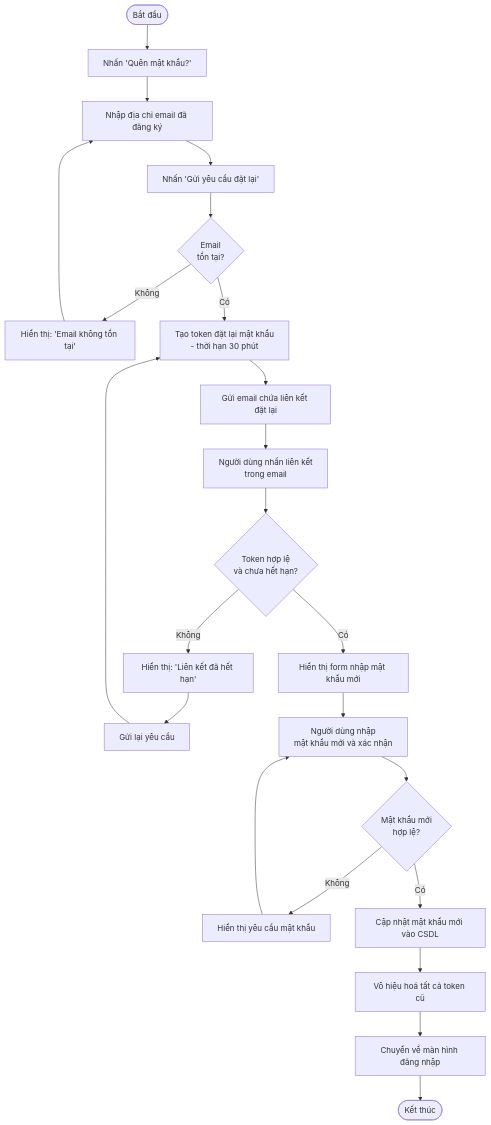
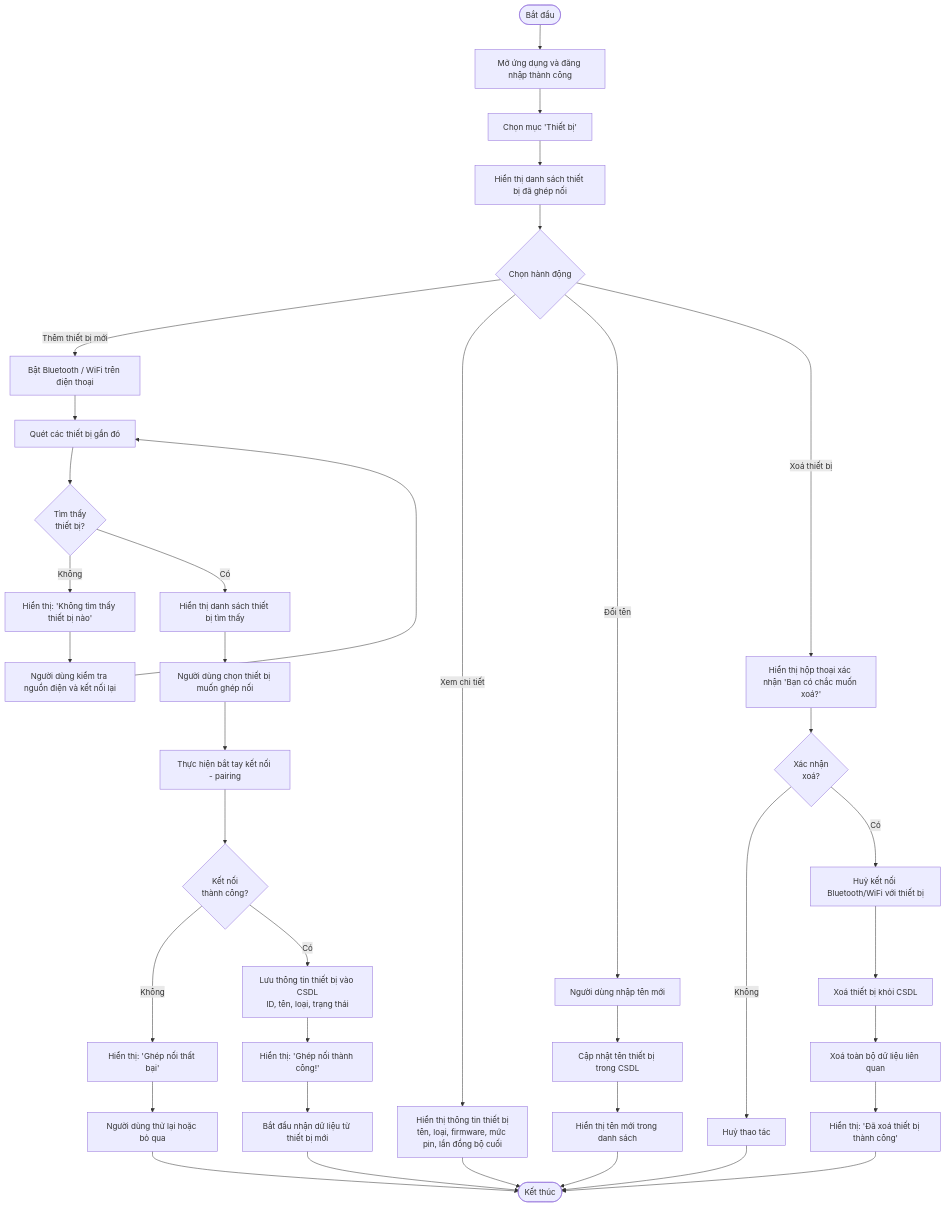
Before and after one commit to namhcmutpd/MM_BP_BenchMark_result: the first of 4 diagrams in activity_diagrams/ACTIVITY_DIAGRAMS.md, drawn with Mermaid. The commit also changed other lines of this file and 16 other files, not shown here.

Commit message:
Replace old diagrams with 4 correct decomposed use case activity diagrams

````diff
--- a/activity_diagrams/ACTIVITY_DIAGRAMS.md
+++ b/activity_diagrams/ACTIVITY_DIAGRAMS.md
@@ -85,25 +22,44 @@
 ```mermaid
 flowchart TD
-    A([Bắt đầu]) --> B[Nhấn 'Quên mật khẩu?']
-    B --> C[Nhập địa chỉ email đã đăng ký]
-    C --> D[Nhấn 'Gửi yêu cầu đặt lại']
-    D --> E{Email\ntồn tại?}
-    E -- Không --> F[Hiển thị: 'Email không tồn tại']
-    F --> C
-    E -- Có --> G[Tạo token đặt lại mật khẩu\n - thời hạn 30 phút]
-    G --> H[Gửi email chứa liên kết đặt lại]
-    H --> I[Người dùng nhấn liên kết\ntrong email]
-    I --> J{Token hợp lệ\nvà chưa hết hạn?}
-    J -- Không --> K[Hiển thị: 'Liên kết đã hết hạn']
-    K --> L[Gửi lại yêu cầu]
-    L --> G
-    J -- Có --> M[Hiển thị form nhập mật khẩu mới]
-    M --> N[Người dùng nhập\nmật khẩu mới và xác nhận]
-    N --> O{Mật khẩu mới\nhợp lệ?}
-    O -- Không --> P[Hiển thị yêu cầu mật khẩu]
-    P --> N
-    O -- Có --> Q[Cập nhật mật khẩu mới vào CSDL]
-    Q --> R[Vô hiệu hoá tất cả token cũ]
-    R --> S[Chuyển về màn hình đăng nhập]
-    S --> T([Kết thúc])
+    A([Bắt đầu]) --> B[Mở ứng dụng và đăng nhập thành công]
+    B --> C[Chọn mục 'Thiết bị']
+    C --> D[Hiển thị danh sách thiết bị đã ghép nối]
+    D --> E{Chọn hành động}
+
+    E -- Thêm thiết bị mới --> F[Bật Bluetooth / WiFi trên điện thoại]
+    F --> G[Quét các thiết bị gần đó]
+    G --> H{Tìm thấy\nthiết bị?}
+    H -- Không --> I[Hiển thị: 'Không tìm thấy thiết bị nào']
+    I --> J[Người dùng kiểm tra nguồn điện và kết nối lại]
+    J --> G
+    H -- Có --> K[Hiển thị danh sách thiết bị tìm thấy]
+    K --> L[Người dùng chọn thiết bị muốn ghép nối]
+    L --> M[Thực hiện bắt tay kết nối - pairing]
+    M --> N{Kết nối\nthành công?}
+    N -- Không --> O[Hiển thị: 'Ghép nối thất bại']
+    O --> P[Người dùng thử lại hoặc bỏ qua]
+    N -- Có --> Q[Lưu thông tin thiết bị vào CSDL\nID, tên, loại, trạng thái]
+    Q --> R[Hiển thị: 'Ghép nối thành công!']
+    R --> S[Bắt đầu nhận dữ liệu từ thiết bị mới]
+
+    E -- Xem chi tiết --> T[Hiển thị thông tin thiết bị\ntên, loại, firmware, mức pin, lần đồng bộ cuối]
+
+    E -- Đổi tên --> U[Người dùng nhập tên mới]
+    U --> V[Cập nhật tên thiết bị trong CSDL]
+    V --> W[Hiển thị tên mới trong danh sách]
+
+    E -- Xoá thiết bị --> X[Hiển thị hộp thoại xác nhận 'Bạn có chắc muốn xoá?']
+    X --> Y{Xác nhận\nxoá?}
+    Y -- Không --> Z[Huỷ thao tác]
+    Y -- Có --> AA[Huỷ kết nối Bluetooth/WiFi với thiết bị]
+    AA --> AB[Xoá thiết bị khỏi CSDL]
+    AB --> AC[Xoá toàn bộ dữ liệu liên quan]
+    AC --> AD[Hiển thị: 'Đã xoá thiết bị thành công']
+
+    S --> AE([Kết thúc])
+    T --> AE
+    W --> AE
+    Z --> AE
+    AD --> AE
+    P --> AE
 ```
````
